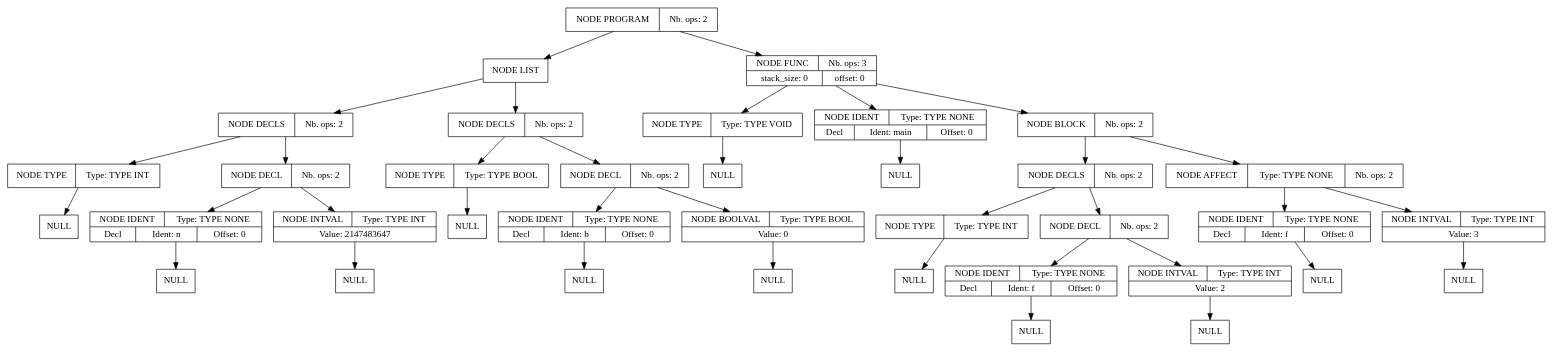
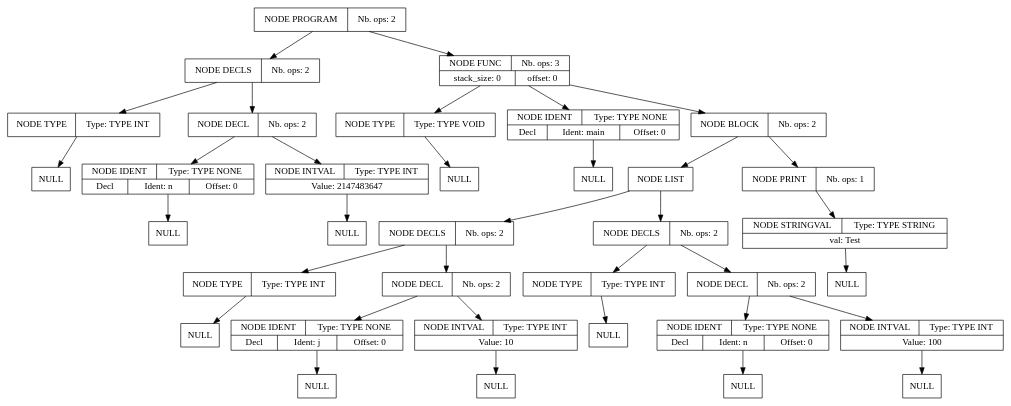
One commit to Serial-DeV/Compilation changed the diagram in projet_compilation_src/src/fichier_dump.dot. Above: the diagram before and after it, drawn with Graphviz. The commit also changed 13 other files, not shown here.

```diff
--- a/projet_compilation_src/src/fichier_dump.dot
+++ b/projet_compilation_src/src/fichier_dump.dot
@@ -1,111 +1,105 @@
 digraph global_vars {
     N1 [shape=record, label="{{NODE PROGRAM|Nb. ops: 2}}"];
-    N2 [shape=record, label="{{NODE LIST}}"];
-    N3 [shape=record, label="{{NODE DECLS|Nb. ops: 2}}"];
-    N4 [shape=record, label="{{NODE TYPE|Type: TYPE INT}}"];
-    N5 [shape=record, label="{{NULL}}"];
-    edge[tailclip=true];
-    N4 -> N5
+    N2 [shape=record, label="{{NODE DECLS|Nb. ops: 2}}"];
+    N3 [shape=record, label="{{NODE TYPE|Type: TYPE INT}}"];
+    N4 [shape=record, label="{{NULL}}"];
     edge[tailclip=true];
     N3 -> N4
-    N6 [shape=record, label="{{NODE DECL|Nb. ops: 2}}"];
-    N7 [shape=record, label="{{NODE IDENT|Type: TYPE NONE}|{<decl>Decl      |Ident: n|Offset: 0}}"];
-    N8 [shape=record, label="{{NULL}}"];
     edge[tailclip=true];
-    N7 -> N8
+    N2 -> N3
+    N5 [shape=record, label="{{NODE DECL|Nb. ops: 2}}"];
+    N6 [shape=record, label="{{NODE IDENT|Type: TYPE NONE}|{<decl>Decl      |Ident: n|Offset: 0}}"];
+    N7 [shape=record, label="{{NULL}}"];
     edge[tailclip=true];
     N6 -> N7
-    N9 [shape=record, label="{{NODE INTVAL|Type: TYPE INT}|{Value: 2147483647}}"];
-    N10 [shape=record, label="{{NULL}}"];
     edge[tailclip=true];
-    N9 -> N10
+    N5 -> N6
+    N8 [shape=record, label="{{NODE INTVAL|Type: TYPE INT}|{Value: 2147483647}}"];
+    N9 [shape=record, label="{{NULL}}"];
     edge[tailclip=true];
-    N6 -> N9
+    N8 -> N9
     edge[tailclip=true];
-    N3 -> N6
+    N5 -> N8
     edge[tailclip=true];
-    N2 -> N3
-    N11 [shape=record, label="{{NODE DECLS|Nb. ops: 2}}"];
-    N12 [shape=record, label="{{NODE TYPE|Type: TYPE BOOL}}"];
-    N13 [shape=record, label="{{NULL}}"];
+    N2 -> N5
     edge[tailclip=true];
-    N12 -> N13
+    N1 -> N2
+    N10 [shape=record, label="{{NODE FUNC|Nb. ops: 3}|{stack_size: 0|offset: 0}}"];
+    N11 [shape=record, label="{{NODE TYPE|Type: TYPE VOID}}"];
+    N12 [shape=record, label="{{NULL}}"];
     edge[tailclip=true];
     N11 -> N12
-    N14 [shape=record, label="{{NODE DECL|Nb. ops: 2}}"];
-    N15 [shape=record, label="{{NODE IDENT|Type: TYPE NONE}|{<decl>Decl      |Ident: b|Offset: 0}}"];
-    N16 [shape=record, label="{{NULL}}"];
     edge[tailclip=true];
-    N15 -> N16
+    N10 -> N11
+    N13 [shape=record, label="{{NODE IDENT|Type: TYPE NONE}|{<decl>Decl      |Ident: main|Offset: 0}}"];
+    N14 [shape=record, label="{{NULL}}"];
     edge[tailclip=true];
-    N14 -> N15
-    N17 [shape=record, label="{{NODE BOOLVAL|Type: TYPE BOOL}|{Value: 0}}"];
-    N18 [shape=record, label="{{NULL}}"];
+    N13 -> N14
+    edge[tailclip=true];
+    N10 -> N13
+    N15 [shape=record, label="{{NODE BLOCK|Nb. ops: 2}}"];
+    N16 [shape=record, label="{{NODE LIST}}"];
+    N17 [shape=record, label="{{NODE DECLS|Nb. ops: 2}}"];
+    N18 [shape=record, label="{{NODE TYPE|Type: TYPE INT}}"];
+    N19 [shape=record, label="{{NULL}}"];
+    edge[tailclip=true];
+    N18 -> N19
     edge[tailclip=true];
     N17 -> N18
+    N20 [shape=record, label="{{NODE DECL|Nb. ops: 2}}"];
+    N21 [shape=record, label="{{NODE IDENT|Type: TYPE NONE}|{<decl>Decl      |Ident: j|Offset: 0}}"];
+    N22 [shape=record, label="{{NULL}}"];
     edge[tailclip=true];
-    N14 -> N17
-    edge[tailclip=true];
-    N11 -> N14
-    edge[tailclip=true];
-    N2 -> N11
-    edge[tailclip=true];
-    N1 -> N2
-    N19 [shape=record, label="{{NODE FUNC|Nb. ops: 3}|{stack_size: 0|offset: 0}}"];
-    N20 [shape=record, label="{{NODE TYPE|Type: TYPE VOID}}"];
-    N21 [shape=record, label="{{NULL}}"];
+    N21 -> N22
     edge[tailclip=true];
     N20 -> N21
+    N23 [shape=record, label="{{NODE INTVAL|Type: TYPE INT}|{Value: 10}}"];
+    N24 [shape=record, label="{{NULL}}"];
     edge[tailclip=true];
-    N19 -> N20
-    N22 [shape=record, label="{{NODE IDENT|Type: TYPE NONE}|{<decl>Decl      |Ident: main|Offset: 0}}"];
-    N23 [shape=record, label="{{NULL}}"];
+    N23 -> N24
     edge[tailclip=true];
-    N22 -> N23
+    N20 -> N23
     edge[tailclip=true];
-    N19 -> N22
-    N24 [shape=record, label="{{NODE BLOCK|Nb. ops: 2}}"];
+    N17 -> N20
+    edge[tailclip=true];
+    N16 -> N17
     N25 [shape=record, label="{{NODE DECLS|Nb. ops: 2}}"];
     N26 [shape=record, label="{{NODE TYPE|Type: TYPE INT}}"];
     N27 [shape=record, label="{{NULL}}"];
     edge[tailclip=true];
     N26 -> N27
     edge[tailclip=true];
     N25 -> N26
     N28 [shape=record, label="{{NODE DECL|Nb. ops: 2}}"];
-    N29 [shape=record, label="{{NODE IDENT|Type: TYPE NONE}|{<decl>Decl      |Ident: f|Offset: 0}}"];
+    N29 [shape=record, label="{{NODE IDENT|Type: TYPE NONE}|{<decl>Decl      |Ident: n|Offset: 0}}"];
     N30 [shape=record, label="{{NULL}}"];
     edge[tailclip=true];
     N29 -> N30
     edge[tailclip=true];
     N28 -> N29
-    N31 [shape=record, label="{{NODE INTVAL|Type: TYPE INT}|{Value: 2}}"];
+    N31 [shape=record, label="{{NODE INTVAL|Type: TYPE INT}|{Value: 100}}"];
     N32 [shape=record, label="{{NULL}}"];
     edge[tailclip=true];
     N31 -> N32
     edge[tailclip=true];
     N28 -> N31
     edge[tailclip=true];
     N25 -> N28
     edge[tailclip=true];
-    N24 -> N25
-    N33 [shape=record, label="{{NODE AFFECT|Type: TYPE NONE|Nb. ops: 2}}"];
-    N34 [shape=record, label="{{NODE IDENT|Type: TYPE NONE}|{<decl>Decl      |Ident: f|Offset: 0}}"];
+    N16 -> N25
+    edge[tailclip=true];
+    N15 -> N16
+    N33 [shape=record, label="{{NODE PRINT|Nb. ops: 1}}"];
+    N34 [shape=record, label="{{NODE STRINGVAL|Type: TYPE STRING}|{val: Test\n}}"];
     N35 [shape=record, label="{{NULL}}"];
     edge[tailclip=true];
     N34 -> N35
     edge[tailclip=true];
     N33 -> N34
-    N36 [shape=record, label="{{NODE INTVAL|Type: TYPE INT}|{Value: 3}}"];
-    N37 [shape=record, label="{{NULL}}"];
     edge[tailclip=true];
-    N36 -> N37
+    N15 -> N33
     edge[tailclip=true];
-    N33 -> N36
+    N10 -> N15
     edge[tailclip=true];
-    N24 -> N33
-    edge[tailclip=true];
-    N19 -> N24
-    edge[tailclip=true];
-    N1 -> N19
+    N1 -> N10
 }
```
